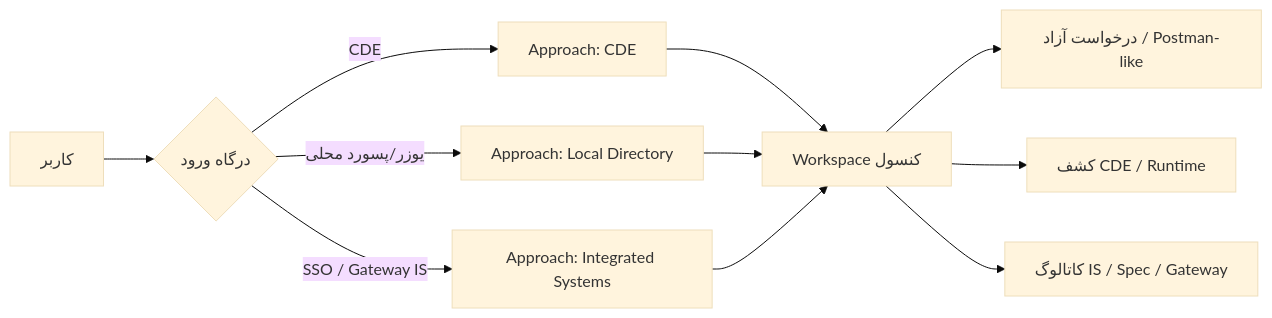
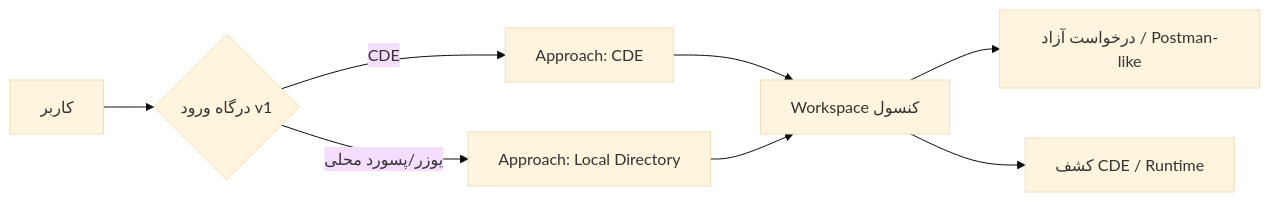
The diagram in docs/approaches/README.md (themaryamhasani/API-CONSOLE), drawn with Mermaid (base theme) before and after one commit. The commit also changed other lines of this file and 59 other files, not shown here.

````diff
--- a/docs/approaches/README.md
+++ b/docs/approaches/README.md
@@ -5,13 +7,10 @@
 ```mermaid
 flowchart LR
-  U[کاربر] --> G{درگاه ورود}
+  U[کاربر] --> G{درگاه ورود v1}
   G -->|CDE| A1[Approach: CDE]
   G -->|یوزر/پسورد محلی| A2[Approach: Local Directory]
-  G -->|SSO / Gateway IS| A3[Approach: Integrated Systems]
   A1 --> W[Workspace کنسول]
   A2 --> W
-  A3 --> W
   W --> F[درخواست آزاد / Postman-like]
   W --> C[کشف CDE / Runtime]
-  W --> I[کاتالوگ IS / Spec / Gateway]
 ```
````
